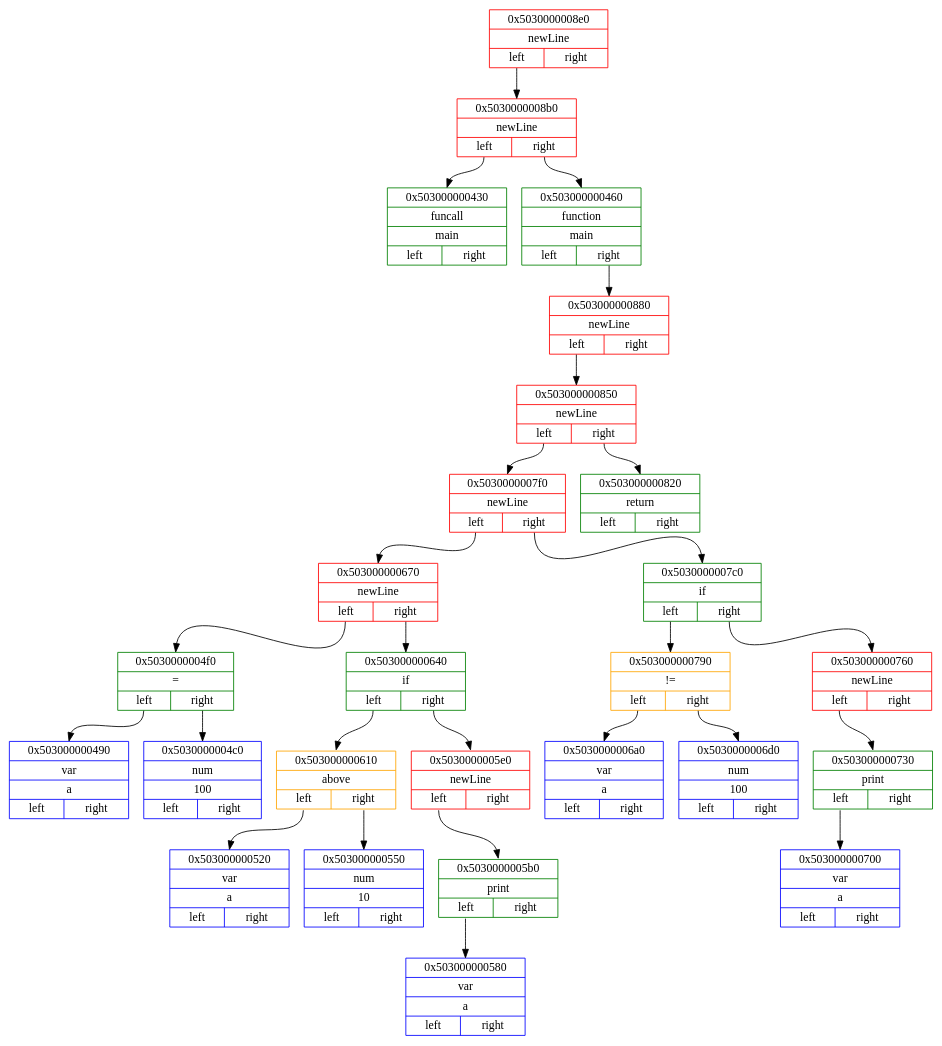
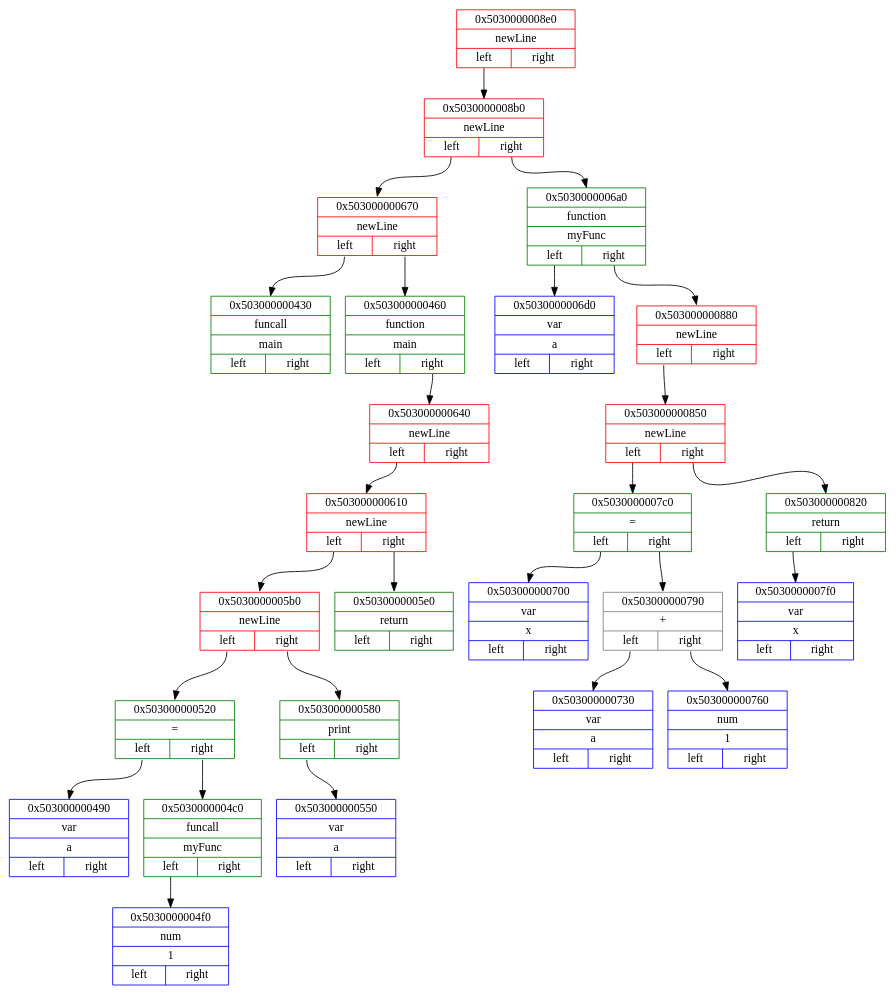
The diagram in dot_files/frontenedDotFile.dot (Matvey787/myProgLanguage), drawn with Graphviz before and after one commit. The commit also changed 22 other files, not shown here.

```diff
--- a/dot_files/frontenedDotFile.dot
+++ b/dot_files/frontenedDotFile.dot
@@ -1,56 +1,56 @@
 digraph
 { 
 rankdir=HR;
 
 node0x5030000008e0 [ shape=record, color = red rank = 1, label= "{ 0x5030000008e0 | newLine |         {<n0x5030000008e0_l> left | <n0x5030000008e0_r> right}} " ];
 node0x5030000008b0 [ shape=record, color = red rank = 2, label= "{ 0x5030000008b0 | newLine |         {<n0x5030000008b0_l> left | <n0x5030000008b0_r> right}} " ];
-node0x503000000430 [ shape=record, color = green rank = 3, label= "{ 0x503000000430 | funcall | main |         {<n0x503000000430_l> left | <n0x503000000430_r> right}} " ];
-node0x5030000008b0:<n0x5030000008b0_l>:s -> node0x503000000430:n [ color = black; ]
-node0x503000000460 [ shape=record, color = green rank = 4, label= "{ 0x503000000460 | function | main |         {<n0x503000000460_l> left | <n0x503000000460_r> right}} " ];
-node0x503000000880 [ shape=record, color = red rank = 5, label= "{ 0x503000000880 | newLine |         {<n0x503000000880_l> left | <n0x503000000880_r> right}} " ];
-node0x503000000850 [ shape=record, color = red rank = 6, label= "{ 0x503000000850 | newLine |         {<n0x503000000850_l> left | <n0x503000000850_r> right}} " ];
-node0x5030000007f0 [ shape=record, color = red rank = 7, label= "{ 0x5030000007f0 | newLine |         {<n0x5030000007f0_l> left | <n0x5030000007f0_r> right}} " ];
-node0x503000000670 [ shape=record, color = red rank = 8, label= "{ 0x503000000670 | newLine |         {<n0x503000000670_l> left | <n0x503000000670_r> right}} " ];
-node0x5030000004f0 [ shape=record, color = green rank = 9, label= "{ 0x5030000004f0 | = |         {<n0x5030000004f0_l> left | <n0x5030000004f0_r> right}} " ];
+node0x503000000670 [ shape=record, color = red rank = 3, label= "{ 0x503000000670 | newLine |         {<n0x503000000670_l> left | <n0x503000000670_r> right}} " ];
+node0x503000000430 [ shape=record, color = green rank = 4, label= "{ 0x503000000430 | funcall | main |         {<n0x503000000430_l> left | <n0x503000000430_r> right}} " ];
+node0x503000000670:<n0x503000000670_l>:s -> node0x503000000430:n [ color = black; ]
+node0x503000000460 [ shape=record, color = green rank = 5, label= "{ 0x503000000460 | function | main |         {<n0x503000000460_l> left | <n0x503000000460_r> right}} " ];
+node0x503000000640 [ shape=record, color = red rank = 6, label= "{ 0x503000000640 | newLine |         {<n0x503000000640_l> left | <n0x503000000640_r> right}} " ];
+node0x503000000610 [ shape=record, color = red rank = 7, label= "{ 0x503000000610 | newLine |         {<n0x503000000610_l> left | <n0x503000000610_r> right}} " ];
+node0x5030000005b0 [ shape=record, color = red rank = 8, label= "{ 0x5030000005b0 | newLine |         {<n0x5030000005b0_l> left | <n0x5030000005b0_r> right}} " ];
+node0x503000000520 [ shape=record, color = green rank = 9, label= "{ 0x503000000520 | = |         {<n0x503000000520_l> left | <n0x503000000520_r> right}} " ];
 node0x503000000490 [ shape=record, color = blue rank = 10, label= "{ 0x503000000490 | var | a |         {<n0x503000000490_l> left | <n0x503000000490_r> right}} " ];
-node0x5030000004f0:<n0x5030000004f0_l>:s -> node0x503000000490:n [ color = black; ]
-node0x5030000004c0 [ shape=record, color = blue rank = 11, label= "{ 0x5030000004c0 | num | 100 |         {<n0x5030000004c0_l> left | <n0x5030000004c0_r> right}} " ];
-node0x5030000004f0:<n0x5030000004f0_r>:s -> node0x5030000004c0:n [ color = black; ]
-node0x503000000670:<n0x503000000670_l>:s -> node0x5030000004f0:n [ color = black; ]
-node0x503000000640 [ shape=record, color = green rank = 10, label= "{ 0x503000000640 | if |         {<n0x503000000640_l> left | <n0x503000000640_r> right}} " ];
-node0x503000000610 [ shape=record, color = orange rank = 11, label= "{ 0x503000000610 | above |         {<n0x503000000610_l> left | <n0x503000000610_r> right}} " ];
-node0x503000000520 [ shape=record, color = blue rank = 12, label= "{ 0x503000000520 | var | a |         {<n0x503000000520_l> left | <n0x503000000520_r> right}} " ];
-node0x503000000610:<n0x503000000610_l>:s -> node0x503000000520:n [ color = black; ]
-node0x503000000550 [ shape=record, color = blue rank = 13, label= "{ 0x503000000550 | num | 10 |         {<n0x503000000550_l> left | <n0x503000000550_r> right}} " ];
-node0x503000000610:<n0x503000000610_r>:s -> node0x503000000550:n [ color = black; ]
+node0x503000000520:<n0x503000000520_l>:s -> node0x503000000490:n [ color = black; ]
+node0x5030000004c0 [ shape=record, color = green rank = 11, label= "{ 0x5030000004c0 | funcall | myFunc |         {<n0x5030000004c0_l> left | <n0x5030000004c0_r> right}} " ];
+node0x5030000004f0 [ shape=record, color = blue rank = 12, label= "{ 0x5030000004f0 | num | 1 |         {<n0x5030000004f0_l> left | <n0x5030000004f0_r> right}} " ];
+node0x5030000004c0:<n0x5030000004c0_l>:s -> node0x5030000004f0:n [ color = black; ]
+node0x503000000520:<n0x503000000520_r>:s -> node0x5030000004c0:n [ color = black; ]
+node0x5030000005b0:<n0x5030000005b0_l>:s -> node0x503000000520:n [ color = black; ]
+node0x503000000580 [ shape=record, color = green rank = 10, label= "{ 0x503000000580 | print |         {<n0x503000000580_l> left | <n0x503000000580_r> right}} " ];
+node0x503000000550 [ shape=record, color = blue rank = 11, label= "{ 0x503000000550 | var | a |         {<n0x503000000550_l> left | <n0x503000000550_r> right}} " ];
+node0x503000000580:<n0x503000000580_l>:s -> node0x503000000550:n [ color = black; ]
+node0x5030000005b0:<n0x5030000005b0_r>:s -> node0x503000000580:n [ color = black; ]
+node0x503000000610:<n0x503000000610_l>:s -> node0x5030000005b0:n [ color = black; ]
+node0x5030000005e0 [ shape=record, color = green rank = 9, label= "{ 0x5030000005e0 | return |         {<n0x5030000005e0_l> left | <n0x5030000005e0_r> right}} " ];
+node0x503000000610:<n0x503000000610_r>:s -> node0x5030000005e0:n [ color = black; ]
 node0x503000000640:<n0x503000000640_l>:s -> node0x503000000610:n [ color = black; ]
-node0x5030000005e0 [ shape=record, color = red rank = 12, label= "{ 0x5030000005e0 | newLine |         {<n0x5030000005e0_l> left | <n0x5030000005e0_r> right}} " ];
-node0x5030000005b0 [ shape=record, color = green rank = 13, label= "{ 0x5030000005b0 | print |         {<n0x5030000005b0_l> left | <n0x5030000005b0_r> right}} " ];
-node0x503000000580 [ shape=record, color = blue rank = 14, label= "{ 0x503000000580 | var | a |         {<n0x503000000580_l> left | <n0x503000000580_r> right}} " ];
-node0x5030000005b0:<n0x5030000005b0_l>:s -> node0x503000000580:n [ color = black; ]
-node0x5030000005e0:<n0x5030000005e0_l>:s -> node0x5030000005b0:n [ color = black; ]
-node0x503000000640:<n0x503000000640_r>:s -> node0x5030000005e0:n [ color = black; ]
-node0x503000000670:<n0x503000000670_r>:s -> node0x503000000640:n [ color = black; ]
-node0x5030000007f0:<n0x5030000007f0_l>:s -> node0x503000000670:n [ color = black; ]
-node0x5030000007c0 [ shape=record, color = green rank = 9, label= "{ 0x5030000007c0 | if |         {<n0x5030000007c0_l> left | <n0x5030000007c0_r> right}} " ];
-node0x503000000790 [ shape=record, color = orange rank = 10, label= "{ 0x503000000790 | != |         {<n0x503000000790_l> left | <n0x503000000790_r> right}} " ];
-node0x5030000006a0 [ shape=record, color = blue rank = 11, label= "{ 0x5030000006a0 | var | a |         {<n0x5030000006a0_l> left | <n0x5030000006a0_r> right}} " ];
-node0x503000000790:<n0x503000000790_l>:s -> node0x5030000006a0:n [ color = black; ]
-node0x5030000006d0 [ shape=record, color = blue rank = 12, label= "{ 0x5030000006d0 | num | 100 |         {<n0x5030000006d0_l> left | <n0x5030000006d0_r> right}} " ];
-node0x503000000790:<n0x503000000790_r>:s -> node0x5030000006d0:n [ color = black; ]
-node0x5030000007c0:<n0x5030000007c0_l>:s -> node0x503000000790:n [ color = black; ]
-node0x503000000760 [ shape=record, color = red rank = 11, label= "{ 0x503000000760 | newLine |         {<n0x503000000760_l> left | <n0x503000000760_r> right}} " ];
-node0x503000000730 [ shape=record, color = green rank = 12, label= "{ 0x503000000730 | print |         {<n0x503000000730_l> left | <n0x503000000730_r> right}} " ];
-node0x503000000700 [ shape=record, color = blue rank = 13, label= "{ 0x503000000700 | var | a |         {<n0x503000000700_l> left | <n0x503000000700_r> right}} " ];
-node0x503000000730:<n0x503000000730_l>:s -> node0x503000000700:n [ color = black; ]
-node0x503000000760:<n0x503000000760_l>:s -> node0x503000000730:n [ color = black; ]
-node0x5030000007c0:<n0x5030000007c0_r>:s -> node0x503000000760:n [ color = black; ]
-node0x5030000007f0:<n0x5030000007f0_r>:s -> node0x5030000007c0:n [ color = black; ]
-node0x503000000850:<n0x503000000850_l>:s -> node0x5030000007f0:n [ color = black; ]
-node0x503000000820 [ shape=record, color = green rank = 8, label= "{ 0x503000000820 | return |         {<n0x503000000820_l> left | <n0x503000000820_r> right}} " ];
+node0x503000000460:<n0x503000000460_r>:s -> node0x503000000640:n [ color = black; ]
+node0x503000000670:<n0x503000000670_r>:s -> node0x503000000460:n [ color = black; ]
+node0x5030000008b0:<n0x5030000008b0_l>:s -> node0x503000000670:n [ color = black; ]
+node0x5030000006a0 [ shape=record, color = green rank = 4, label= "{ 0x5030000006a0 | function | myFunc |         {<n0x5030000006a0_l> left | <n0x5030000006a0_r> right}} " ];
+node0x5030000006d0 [ shape=record, color = blue rank = 5, label= "{ 0x5030000006d0 | var | a |         {<n0x5030000006d0_l> left | <n0x5030000006d0_r> right}} " ];
+node0x5030000006a0:<n0x5030000006a0_l>:s -> node0x5030000006d0:n [ color = black; ]
+node0x503000000880 [ shape=record, color = red rank = 6, label= "{ 0x503000000880 | newLine |         {<n0x503000000880_l> left | <n0x503000000880_r> right}} " ];
+node0x503000000850 [ shape=record, color = red rank = 7, label= "{ 0x503000000850 | newLine |         {<n0x503000000850_l> left | <n0x503000000850_r> right}} " ];
+node0x5030000007c0 [ shape=record, color = green rank = 8, label= "{ 0x5030000007c0 | = |         {<n0x5030000007c0_l> left | <n0x5030000007c0_r> right}} " ];
+node0x503000000700 [ shape=record, color = blue rank = 9, label= "{ 0x503000000700 | var | x |         {<n0x503000000700_l> left | <n0x503000000700_r> right}} " ];
+node0x5030000007c0:<n0x5030000007c0_l>:s -> node0x503000000700:n [ color = black; ]
+node0x503000000790 [ shape=record, color = grey rank = 10, label= "{ 0x503000000790 | + |         {<n0x503000000790_l> left | <n0x503000000790_r> right}} " ];
+node0x503000000730 [ shape=record, color = blue rank = 11, label= "{ 0x503000000730 | var | a |         {<n0x503000000730_l> left | <n0x503000000730_r> right}} " ];
+node0x503000000790:<n0x503000000790_l>:s -> node0x503000000730:n [ color = black; ]
+node0x503000000760 [ shape=record, color = blue rank = 12, label= "{ 0x503000000760 | num | 1 |         {<n0x503000000760_l> left | <n0x503000000760_r> right}} " ];
+node0x503000000790:<n0x503000000790_r>:s -> node0x503000000760:n [ color = black; ]
+node0x5030000007c0:<n0x5030000007c0_r>:s -> node0x503000000790:n [ color = black; ]
+node0x503000000850:<n0x503000000850_l>:s -> node0x5030000007c0:n [ color = black; ]
+node0x503000000820 [ shape=record, color = green rank = 9, label= "{ 0x503000000820 | return |         {<n0x503000000820_l> left | <n0x503000000820_r> right}} " ];
+node0x5030000007f0 [ shape=record, color = blue rank = 10, label= "{ 0x5030000007f0 | var | x |         {<n0x5030000007f0_l> left | <n0x5030000007f0_r> right}} " ];
+node0x503000000820:<n0x503000000820_l>:s -> node0x5030000007f0:n [ color = black; ]
 node0x503000000850:<n0x503000000850_r>:s -> node0x503000000820:n [ color = black; ]
 node0x503000000880:<n0x503000000880_l>:s -> node0x503000000850:n [ color = black; ]
-node0x503000000460:<n0x503000000460_r>:s -> node0x503000000880:n [ color = black; ]
-node0x5030000008b0:<n0x5030000008b0_r>:s -> node0x503000000460:n [ color = black; ]
+node0x5030000006a0:<n0x5030000006a0_r>:s -> node0x503000000880:n [ color = black; ]
+node0x5030000008b0:<n0x5030000008b0_r>:s -> node0x5030000006a0:n [ color = black; ]
 node0x5030000008e0:<n0x5030000008e0_l>:s -> node0x5030000008b0:n [ color = black; ]
 }
```
